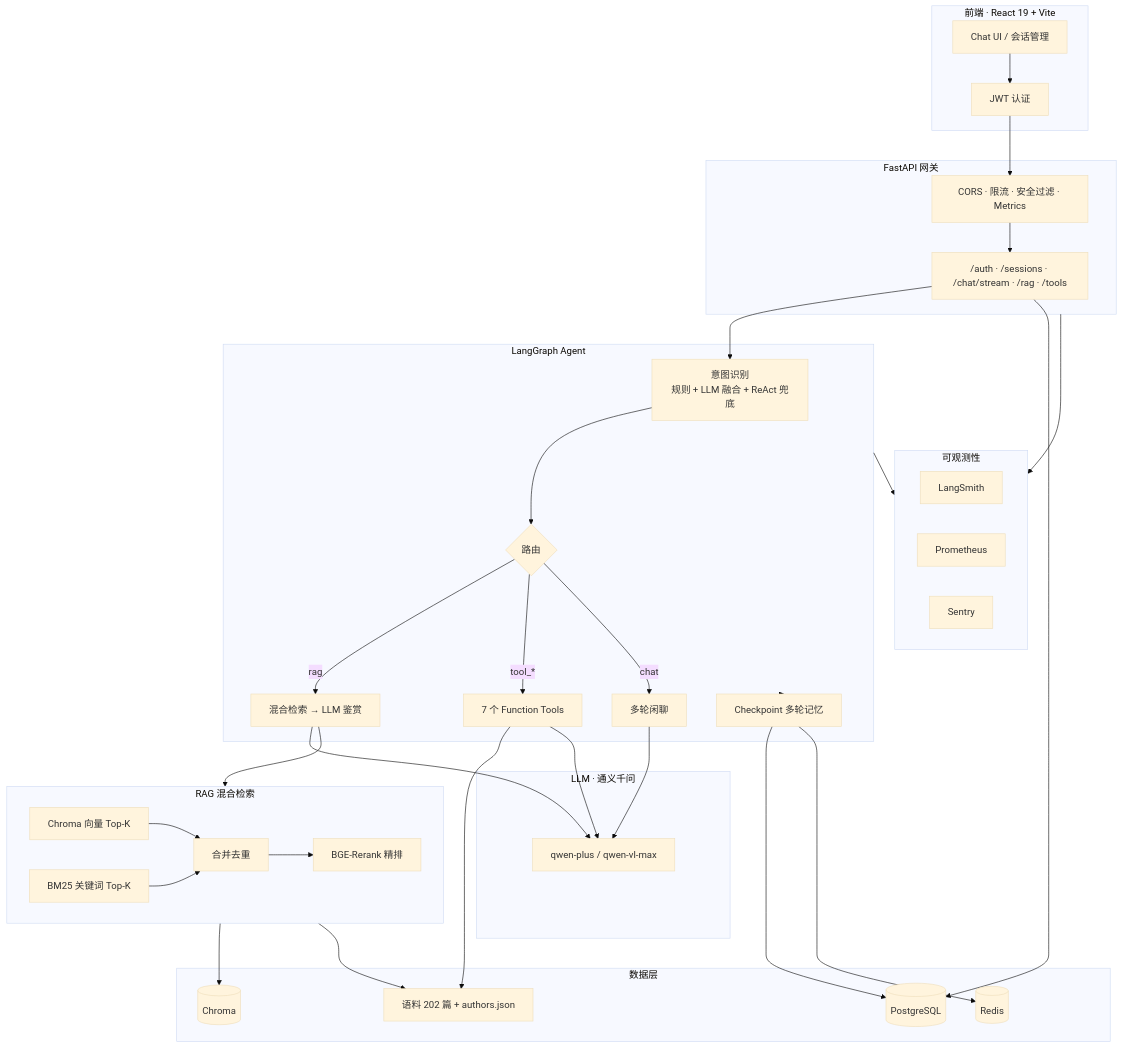
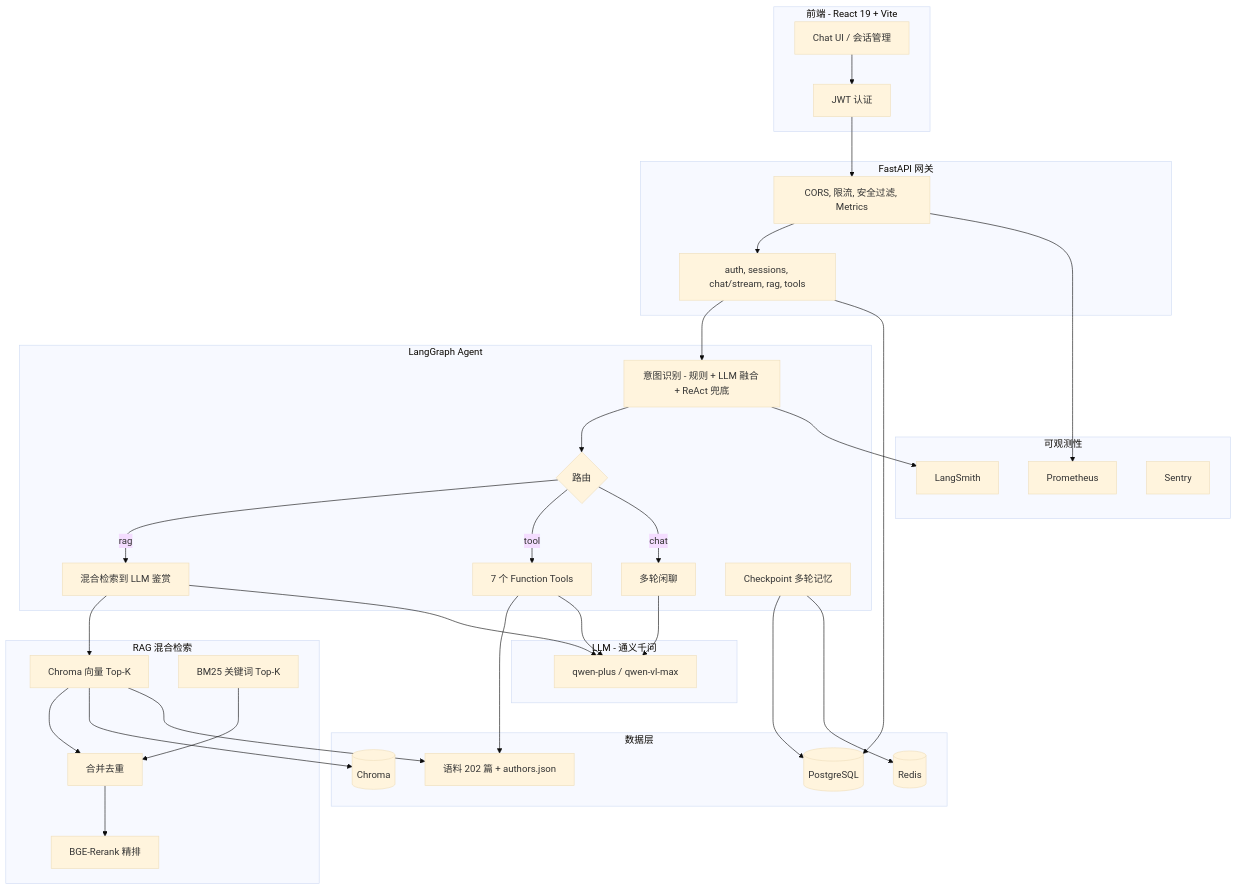
The diagram in README.md (xiaduobao/poetryAgent), drawn with Mermaid (base theme) before and after one commit. The commit also changed other lines of this file and 2 other files, not shown here.

````diff
--- a/README.md
+++ b/README.md
@@ -54,62 +51,61 @@
 ```mermaid
 flowchart TB
-    subgraph Client["前端 · React 19 + Vite"]
+    subgraph Client["前端 - React 19 + Vite"]
         UI[Chat UI / 会话管理]
         JWT[JWT 认证]
     end
 
     subgraph Gateway["FastAPI 网关"]
-        API["/auth · /sessions · /chat/stream · /rag · /tools"]
-        MW[CORS · 限流 · 安全过滤 · Metrics]
+        API["auth, sessions, chat/stream, rag, tools"]
+        MW[CORS, 限流, 安全过滤, Metrics]
     end
 
     subgraph Agent["LangGraph Agent"]
-        Intent["意图识别<br/>规则 + LLM 融合 + ReAct 兜底"]
+        Intent["意图识别 - 规则 + LLM 融合 + ReAct 兜底"]
         Intent --> Branch{路由}
-        Branch -->|rag| RAGPath[混合检索 → LLM 鉴赏]
-        Branch -->|tool_*| ToolPath[7 个 Function Tools]
+        Branch -->|rag| RAGPath[混合检索到 LLM 鉴赏]
+        Branch -->|tool| ToolPath[7 个 Function Tools]
         Branch -->|chat| ChatPath[多轮闲聊]
         CP[Checkpoint 多轮记忆]
     end
 
-    subgraph RAG["RAG 混合检索"]
+    subgraph RAGBlock["RAG 混合检索"]
         Vec[Chroma 向量 Top-K]
         BM25[BM25 关键词 Top-K]
         Rerank[BGE-Rerank 精排]
         Vec --> Merge[合并去重] --> Rerank
         BM25 --> Merge
     end
 
     subgraph Data["数据层"]
         PG[(PostgreSQL)]
         Redis[(Redis)]
         Chroma[(Chroma)]
         Corpus[语料 202 篇 + authors.json]
     end
 
-    subgraph LLM["LLM · 通义千问"]
+    subgraph LLMBlock["LLM - 通义千问"]
         QW[qwen-plus / qwen-vl-max]
     end
 
     subgraph Obs["可观测性"]
         LS[LangSmith]
         Prom[Prometheus]
         Sen[Sentry]
     end
 
     UI --> JWT --> MW --> API
     API --> Intent
-    RAGPath --> RAG
-    RAG --> Chroma
-    RAG --> Corpus
+    RAGPath --> Vec
+    Vec --> Chroma
+    Vec --> Corpus
     ToolPath --> Corpus
     RAGPath --> QW
     ToolPath --> QW
     ChatPath --> QW
-    Agent --> CP
     CP --> PG
     CP --> Redis
     API --> PG
-    Agent --> Obs
-    Gateway --> Obs
+    Intent --> LS
+    MW --> Prom
 ```
````
